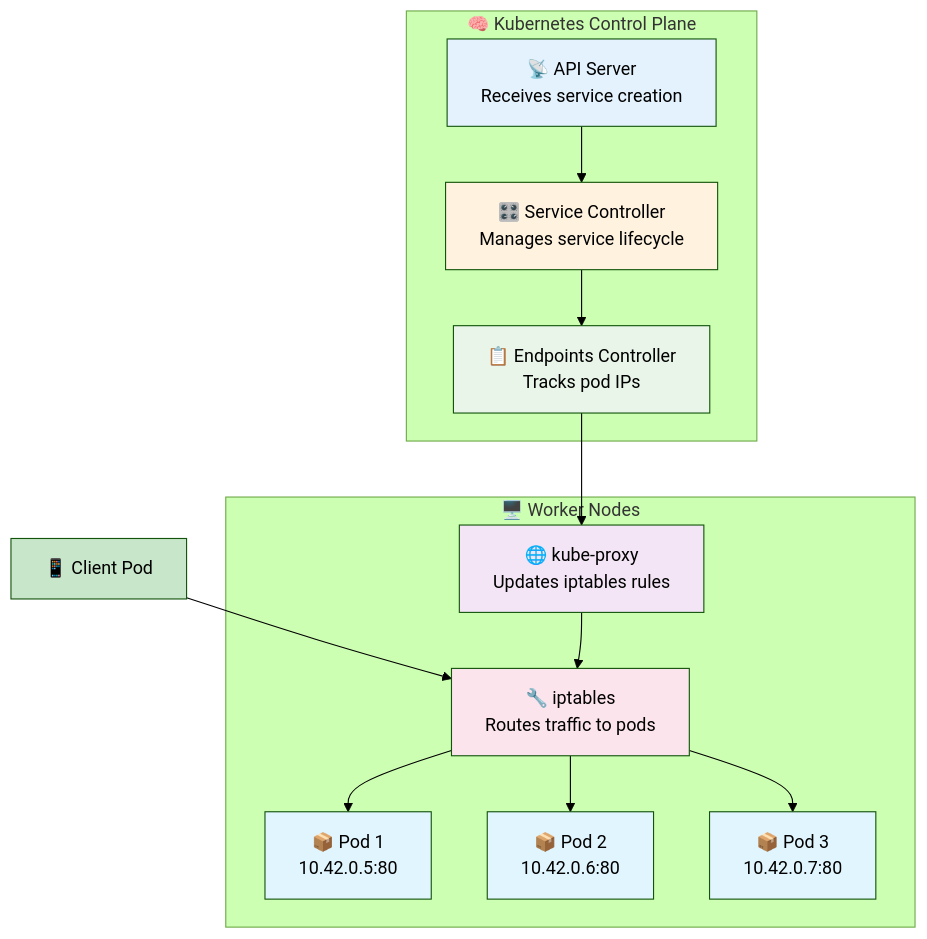
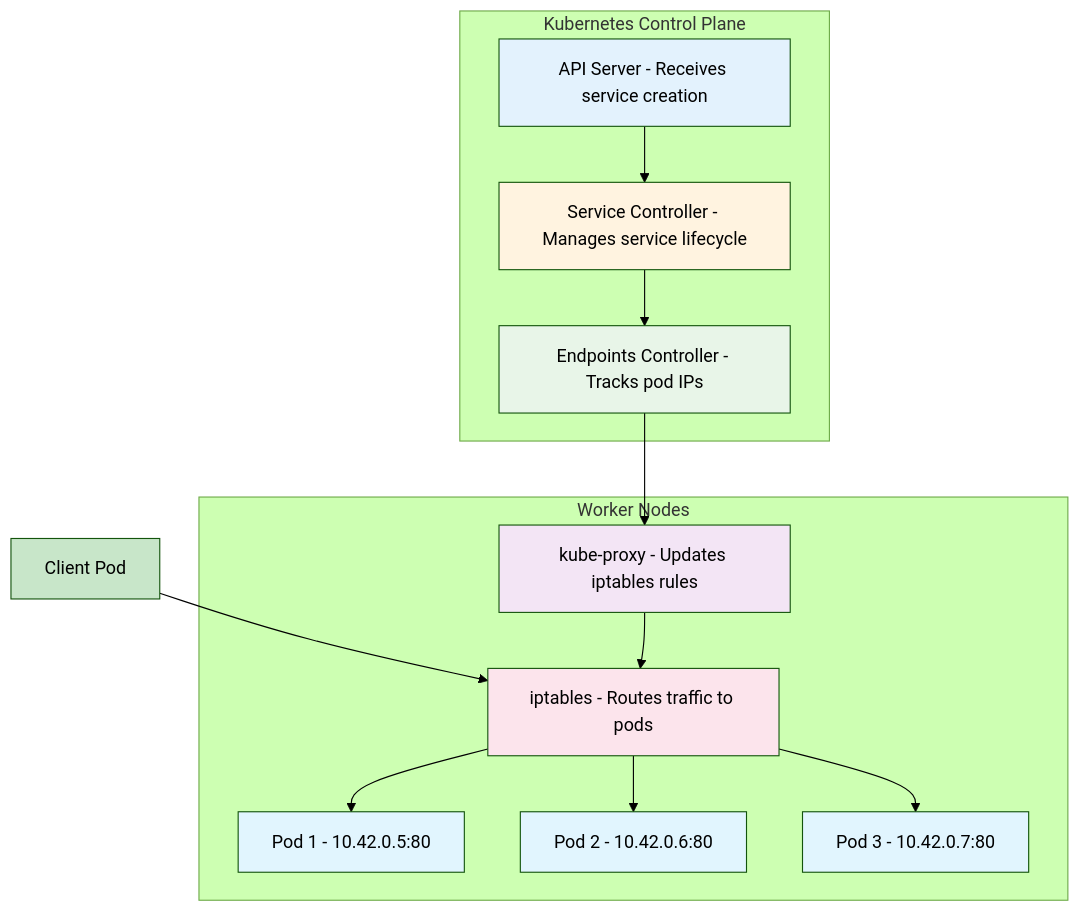
Before and after one commit to manikcloud/cloud-devops-learning-path: the ninth of 26 diagrams in Section-2-DevOps/Session-7_Kubernetes/04-services-networking/README.md, drawn with Mermaid (forest theme). The commit also changed other lines of this file, not shown here.

First line of the commit message:
Fix mermaid diagram syntax errors - Part 1

````diff
--- a/Section-2-DevOps/Session-7_Kubernetes/04-services-networking/README.md
+++ b/Section-2-DevOps/Session-7_Kubernetes/04-services-networking/README.md
@@ -339,37 +339,37 @@
 ```mermaid
 graph TB
-    subgraph "🧠 Kubernetes Control Plane"
-        API[📡 API Server<br/>Receives service creation]
-        CONTROLLER[🎛️ Service Controller<br/>Manages service lifecycle]
-        ENDPOINTS[📋 Endpoints Controller<br/>Tracks pod IPs]
+    subgraph "Kubernetes Control Plane"
+        API[API Server - Receives service creation]
+        CONTROLLER[Service Controller - Manages service lifecycle]
+        ENDPOINTS[Endpoints Controller - Tracks pod IPs]
     end
     
-    subgraph "🖥️ Worker Nodes"
-        KUBE_PROXY[🌐 kube-proxy<br/>Updates iptables rules]
-        IPTABLES[🔧 iptables<br/>Routes traffic to pods]
+    subgraph "Worker Nodes"
+        KUBE_PROXY[kube-proxy - Updates iptables rules]
+        IPTABLES[iptables - Routes traffic to pods]
         
-        POD1[📦 Pod 1<br/>10.42.0.5:80]
-        POD2[📦 Pod 2<br/>10.42.0.6:80]
-        POD3[📦 Pod 3<br/>10.42.0.7:80]
+        POD1[Pod 1 - 10.42.0.5:80]
+        POD2[Pod 2 - 10.42.0.6:80]
+        POD3[Pod 3 - 10.42.0.7:80]
     end
     
-    CLIENT[📱 Client Pod] --> IPTABLES
+    CLIENT[Client Pod] --> IPTABLES
     IPTABLES --> POD1
     IPTABLES --> POD2
     IPTABLES --> POD3
     
     API --> CONTROLLER
     CONTROLLER --> ENDPOINTS
     ENDPOINTS --> KUBE_PROXY
     KUBE_PROXY --> IPTABLES
     
     style API fill:#e3f2fd
     style CONTROLLER fill:#fff3e0
     style ENDPOINTS fill:#e8f5e8
     style KUBE_PROXY fill:#f3e5f5
     style IPTABLES fill:#fce4ec
     style POD1 fill:#e1f5fe
     style POD2 fill:#e1f5fe
     style POD3 fill:#e1f5fe
     style CLIENT fill:#c8e6c9
 ```
````
